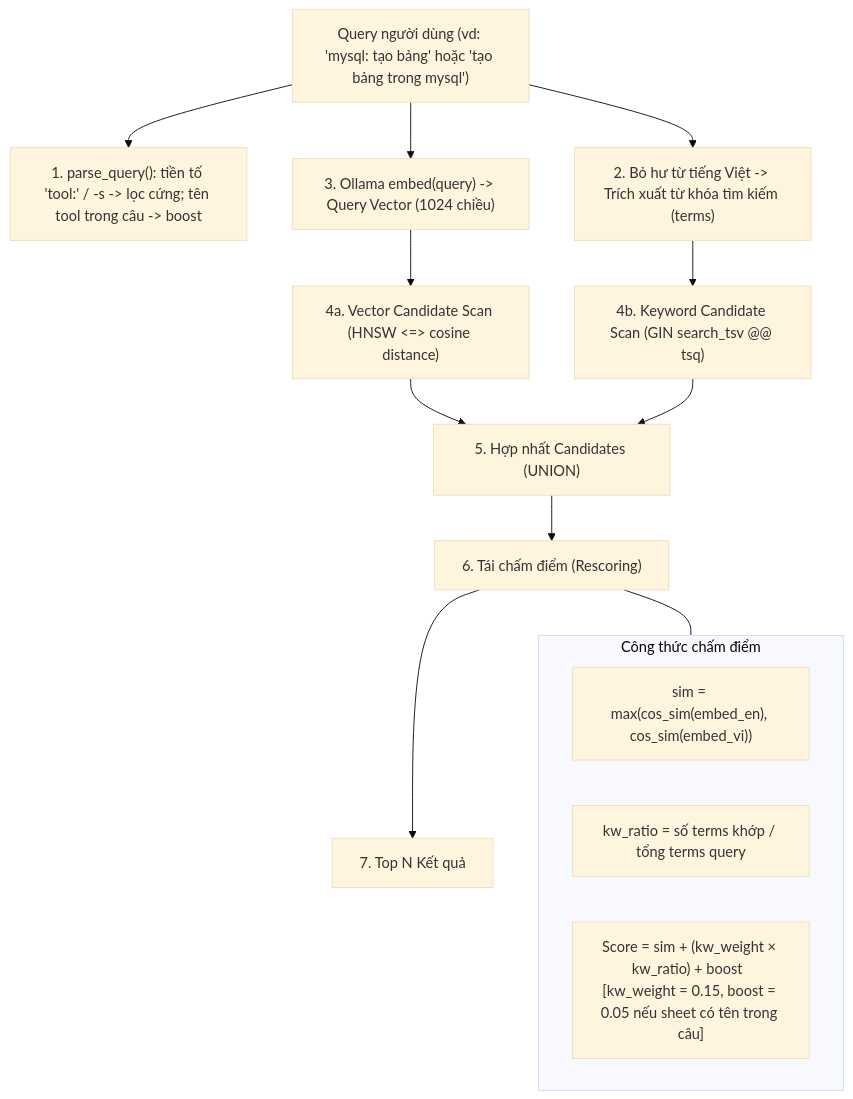
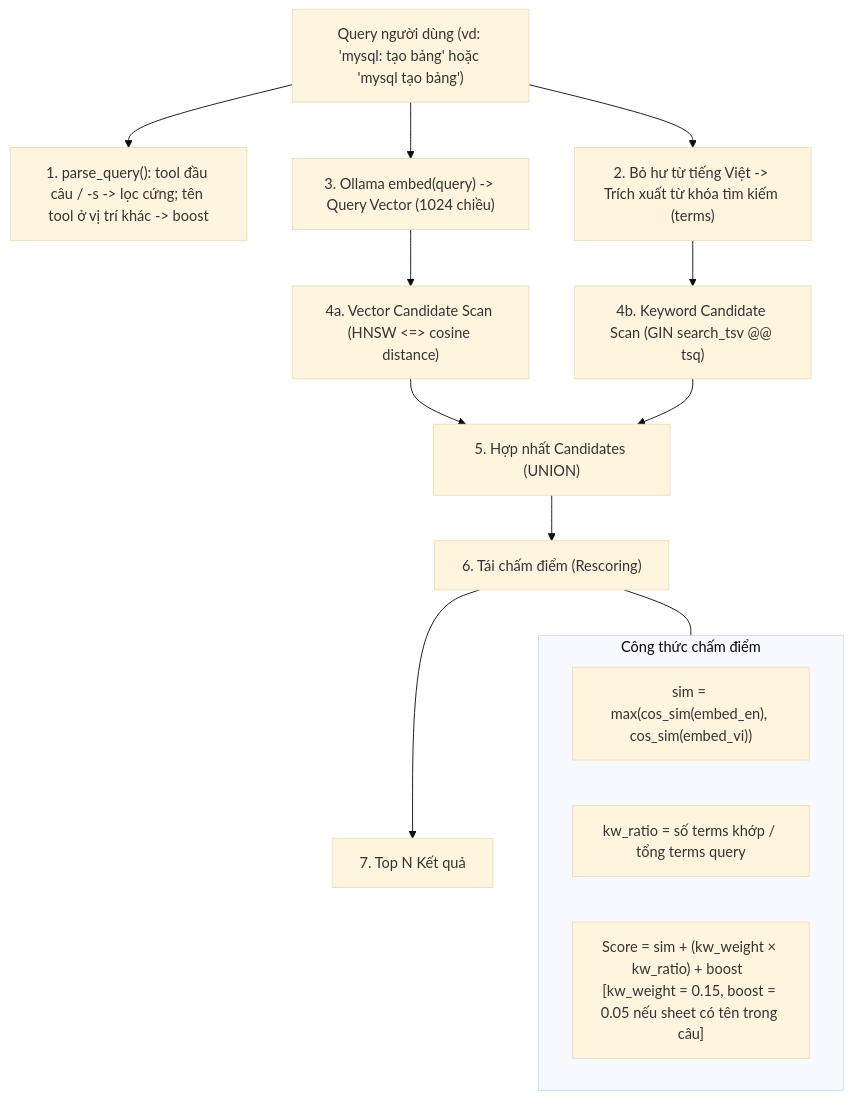
Before and after one commit to mihb123/cheatkeep: the diagram in docs/features/01-hybrid-search.md, drawn with Mermaid (base theme). The commit also changed other lines of this file and 49 other files, not shown here.

````diff
--- a/docs/features/01-hybrid-search.md
+++ b/docs/features/01-hybrid-search.md
@@ -20,20 +20,20 @@
 ```mermaid
 flowchart TD
-    Q["Query người dùng (vd: 'mysql: tạo bảng' hoặc 'tạo bảng trong mysql')"] --> P1["1. parse_query(): tiền tố 'tool:' / -s -> lọc cứng; tên tool trong câu -> boost"]
+    Q["Query người dùng (vd: 'mysql: tạo bảng' hoặc 'mysql tạo bảng')"] --> P1["1. parse_query(): tool đầu câu / -s -> lọc cứng; tên tool ở vị trí khác -> boost"]
     Q --> P2["2. Bỏ hư từ tiếng Việt -> Trích xuất từ khóa tìm kiếm (terms)"]
     Q --> P3["3. Ollama embed(query) -> Query Vector (1024 chiều)"]
     
     P3 --> V_Scan["4a. Vector Candidate Scan (HNSW <=> cosine distance)"]
     P2 --> K_Scan["4b. Keyword Candidate Scan (GIN search_tsv @@ tsq)"]
     
     V_Scan & K_Scan --> Union["5. Hợp nhất Candidates (UNION)"]
     Union --> Rescore["6. Tái chấm điểm (Rescoring)"]
     Rescore --> Out["7. Top N Kết quả"]
 
     subgraph RescoreLogic["Công thức chấm điểm"]
         R1["sim = max(cos_sim(embed_en), cos_sim(embed_vi))"]
         R2["kw_ratio = số terms khớp / tổng terms query"]
         R3["Score = sim + (kw_weight × kw_ratio) + boost  [kw_weight = 0.15, boost = 0.05 nếu sheet có tên trong câu]"]
     end
     Rescore --- RescoreLogic
 ```
````
